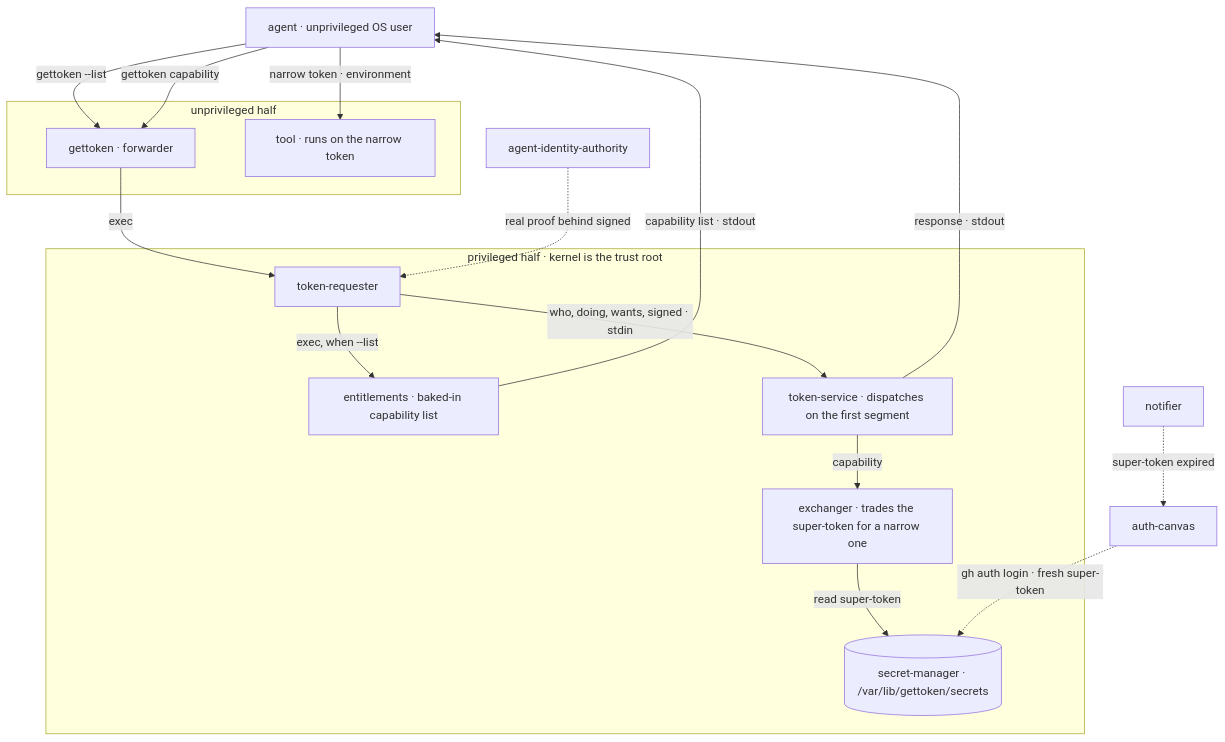
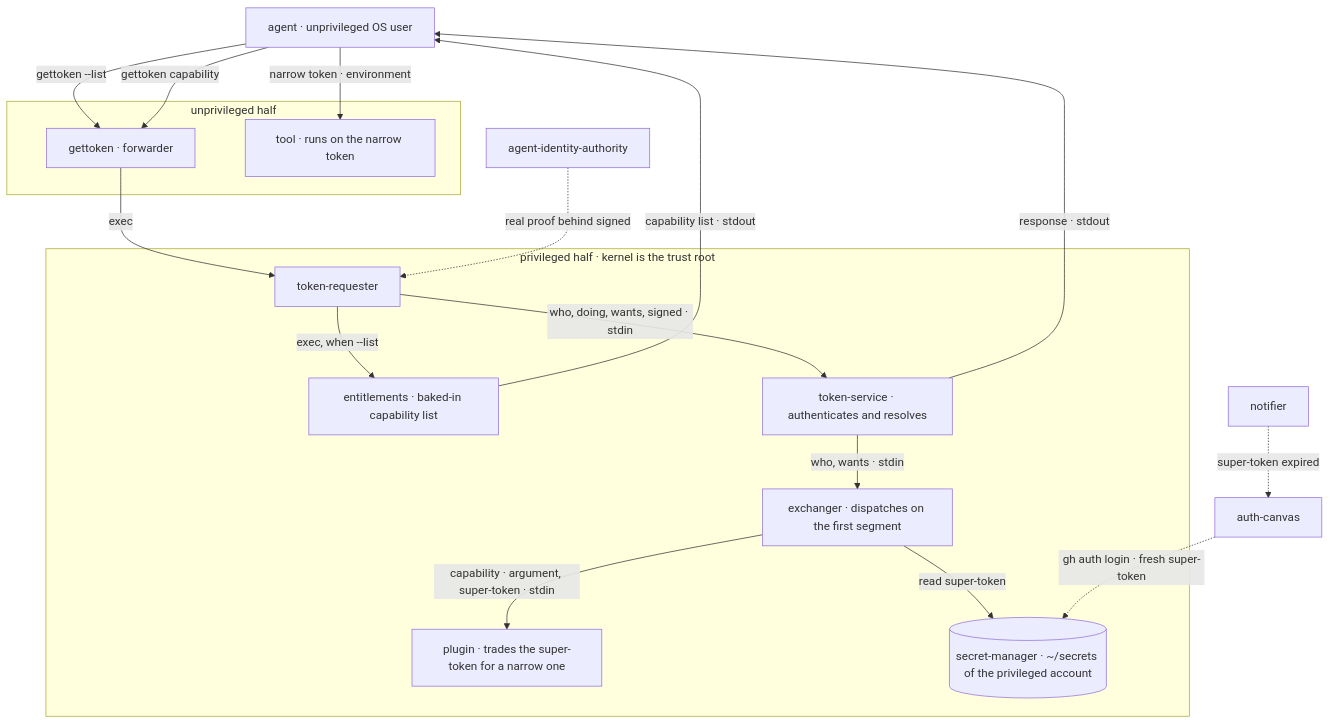
One commit to thruput-io/gettoken changed the first of 2 diagrams in README.md. Above: the diagram before and after it, drawn with Mermaid. The commit also changed other lines of this file and 82 other files, not shown here.

````diff
--- a/README.md
+++ b/README.md
@@ -83,32 +82,34 @@
 ```mermaid
 flowchart TD
   AG["agent · unprivileged OS user"]
 
   subgraph UNPRIV["unprivileged half"]
     GT["gettoken · forwarder"]
     TL["tool · runs on the narrow token"]
   end
 
   subgraph PRIV["privileged half · kernel is the trust root"]
     TR["token-requester"]
     EN["entitlements · baked-in capability list"]
-    TS["token-service · dispatches on the first segment"]
-    EX["exchanger · trades the super-token for a narrow one"]
-    SM[("secret-manager · /var/lib/gettoken/secrets")]
+    TS["token-service · authenticates and resolves"]
+    EX["exchanger · dispatches on the first segment"]
+    PL["plugin · trades the super-token for a narrow one"]
+    SM[("secret-manager · ~/secrets of the privileged account")]
   end
 
   AG -->|"gettoken --list"| GT
   AG -->|"gettoken capability"| GT
   GT -->|"exec"| TR
   TR -->|"exec, when --list"| EN
   TR -->|"who, doing, wants, signed · stdin"| TS
-  TS -->|"capability"| EX
+  TS -->|"who, wants · stdin"| EX
   EX -->|"read super-token"| SM
+  EX -->|"capability · argument, super-token · stdin"| PL
   EN -->|"capability list · stdout"| AG
   TS -->|"response · stdout"| AG
   AG -->|"narrow token · environment"| TL
 
   NF["notifier"] -.->|"super-token expired"| AC["auth-canvas"]
   AC -.->|"gh auth login · fresh super-token"| SM
   AIA["agent-identity-authority"] -.->|"real proof behind signed"| TR
 ```
````
